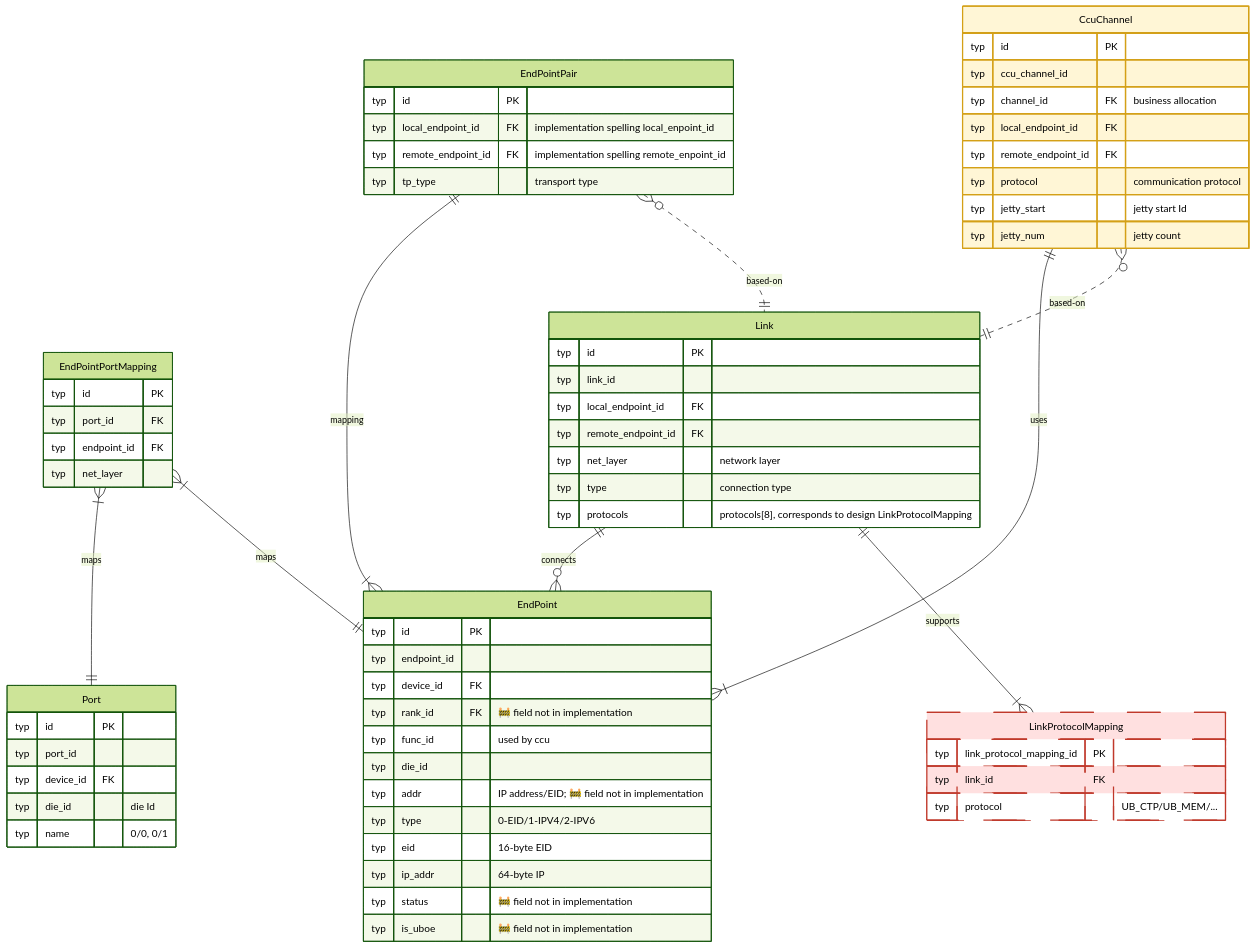
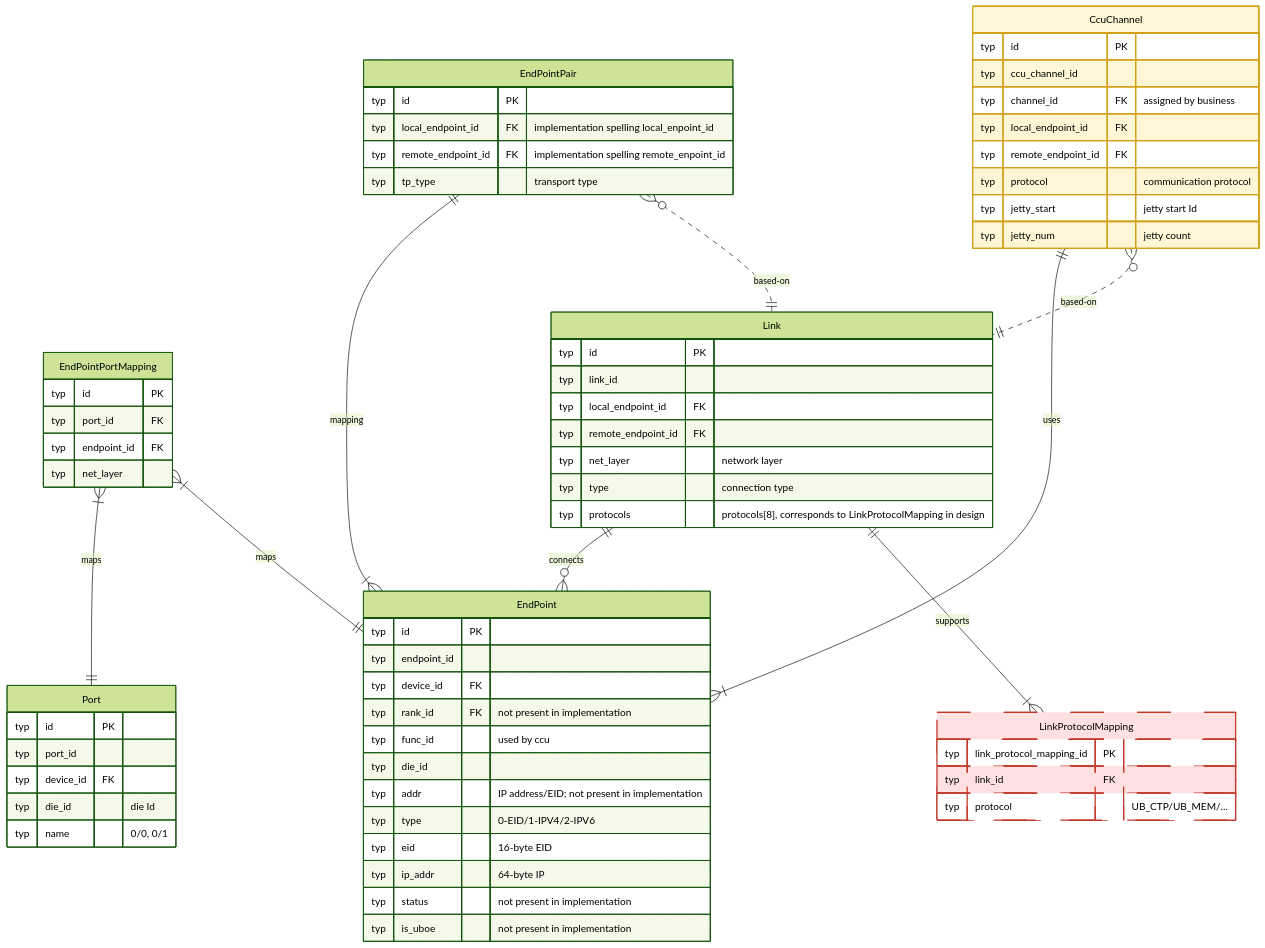
The fourth of 19 diagrams in test/hccl_vm/docs/simulator_runner_data_model_en.md (Atlas-Ascend-Fork/hcomm), drawn with Mermaid (forest theme) before and after one commit. The commit also changed other lines of this file and 171 other files, not shown here.

````diff
--- a/test/hccl_vm/docs/simulator_runner_data_model_en.md
+++ b/test/hccl_vm/docs/simulator_runner_data_model_en.md
@@ -326,80 +326,80 @@
 ```mermaid
 erDiagram
     %% ==========================================
-    %% Network Topology and Connection Layer
-    %% CcuChannel: only cmd dump access, no writer in repo (empty table)
+    %% Network topology and connection layer
+    %% CcuChannel: accessed only by cmd dump; no writer in the whole repo (empty table)
     %% ==========================================
     EndPoint {
         typ id PK
         typ endpoint_id
         typ device_id FK
-        typ rank_id FK "🚧 field not in implementation"
+        typ rank_id FK "not present in implementation"
         typ func_id "used by ccu"
         typ die_id
-        typ addr "IP address/EID; 🚧 field not in implementation"
+        typ addr "IP address/EID; not present in implementation"
         typ type "0-EID/1-IPV4/2-IPV6"
         typ eid "16-byte EID"
         typ ip_addr "64-byte IP"
-        typ status "🚧 field not in implementation"
-        typ is_uboe "🚧 field not in implementation"
+        typ status "not present in implementation"
+        typ is_uboe "not present in implementation"
     }
     Port {
         typ id PK
         typ port_id
         typ device_id FK
         typ die_id "die Id"
         typ name "0/0, 0/1"
     }
     EndPointPortMapping {
         typ id PK
         typ port_id FK
         typ endpoint_id FK
         typ net_layer
     }
     %% Physical connections defined by topo.json
     Link {
         typ id PK
         typ link_id
         typ local_endpoint_id FK
         typ remote_endpoint_id FK
         typ net_layer "network layer"
         typ type "connection type"
-        typ protocols "protocols[8], corresponds to design LinkProtocolMapping"
+        typ protocols "protocols[8], corresponds to LinkProtocolMapping in design"
     }
     LinkProtocolMapping {
         typ link_protocol_mapping_id PK
         typ link_id FK
         typ protocol "UB_CTP/UB_MEM/..."
     }
 
     EndPointPair {
         typ id PK
         typ local_endpoint_id FK "implementation spelling local_enpoint_id"
         typ remote_endpoint_id FK "implementation spelling remote_enpoint_id"
         typ tp_type "transport type"
     }
     CcuChannel {
         typ id PK
         typ ccu_channel_id
-        typ channel_id FK   "business allocation"
+        typ channel_id FK   "assigned by business"
         typ local_endpoint_id FK
         typ remote_endpoint_id FK
         typ protocol "communication protocol"
         typ jetty_start "jetty start Id"
         typ jetty_num "jetty count"
     }
 
     EndPointPortMapping }|--|| Port : maps
     EndPointPortMapping }|--|| EndPoint : maps
     Link ||--o{ EndPoint : connects
     Link ||--|{ LinkProtocolMapping : "supports"
     EndPointPair ||--|{ EndPoint : mapping
     EndPointPair }o..|| Link : "based-on"
     CcuChannel ||--|{ EndPoint : uses
     CcuChannel }o..|| Link : "based-on"
 
     classDef unimplemented fill:#ffe0e0,stroke:#c0392b,stroke-width:2px,stroke-dasharray:5 3
     classDef inproc fill:#fff6d6,stroke:#d4a017,stroke-width:2px
     class LinkProtocolMapping unimplemented
     class CcuChannel inproc
 ```
````
